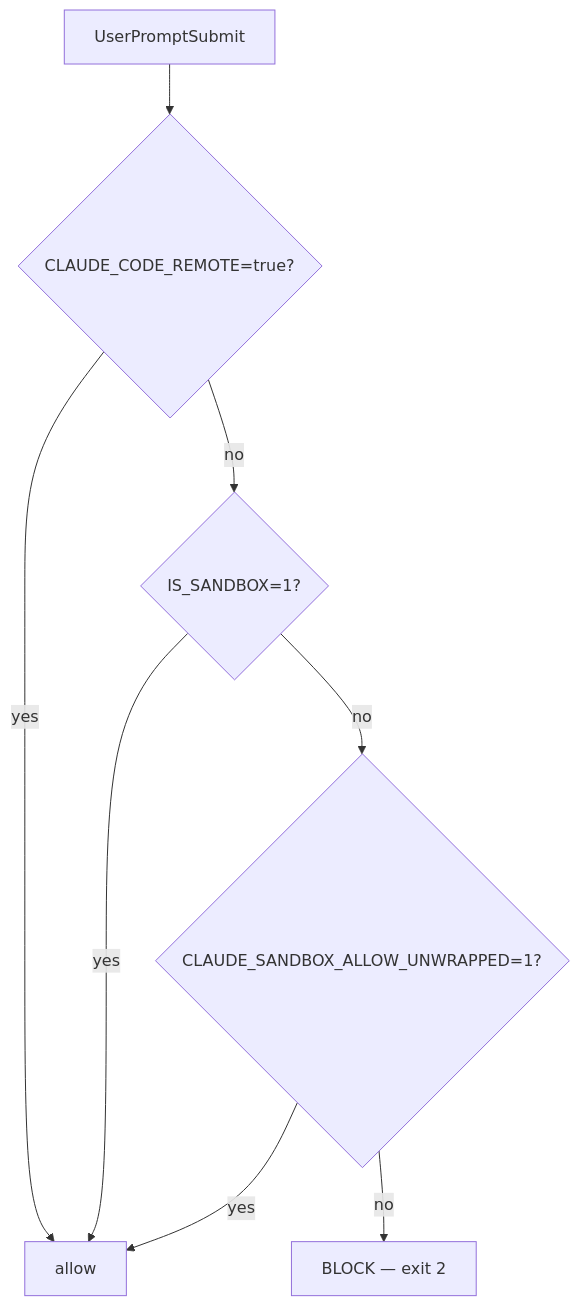
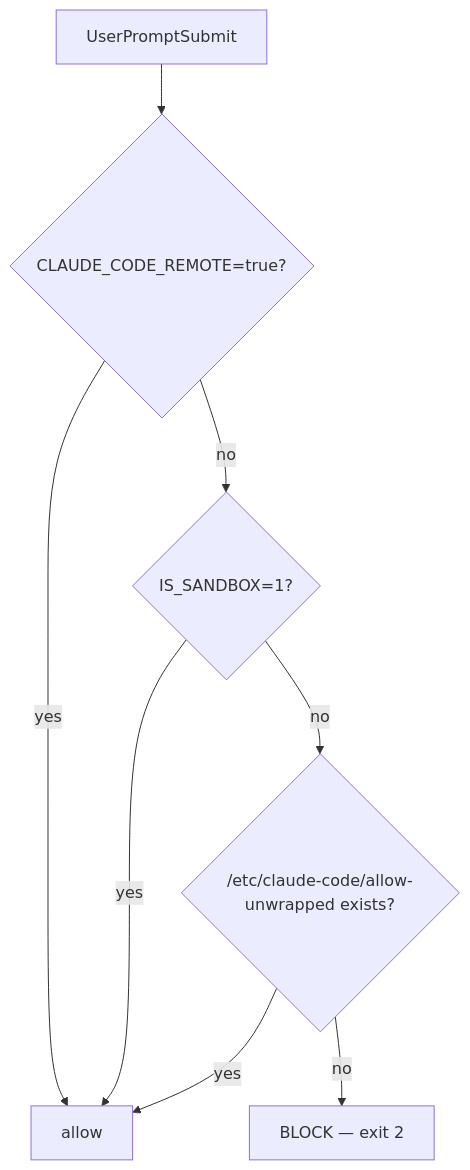
One commit to gilesknap/claude-sandbox changed the diagram in docs/explanations/integrity-guard.md. Above: the diagram before and after it, drawn with Mermaid. The commit also changed other lines of this file and 7 other files, not shown here.

````diff
--- a/docs/explanations/integrity-guard.md
+++ b/docs/explanations/integrity-guard.md
@@ -69,10 +86,10 @@
 ```{mermaid}
 flowchart TD
     A[UserPromptSubmit] --> B{CLAUDE_CODE_REMOTE=true?}
     B -- yes --> P[allow]
     B -- no --> C{IS_SANDBOX=1?}
     C -- yes --> P
-    C -- no --> D{CLAUDE_SANDBOX_ALLOW_UNWRAPPED=1?}
+    C -- no --> D{/etc/claude-code/allow-unwrapped exists?}
     D -- yes --> P
     D -- no --> X[BLOCK — exit 2]
 ```
````
